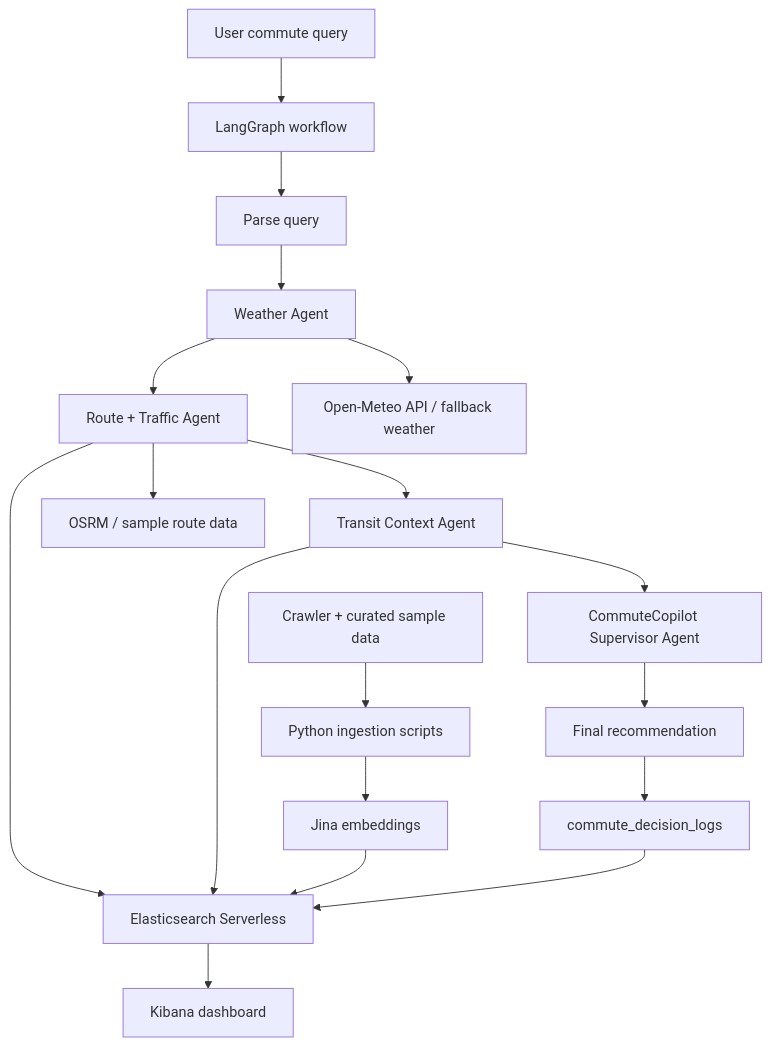
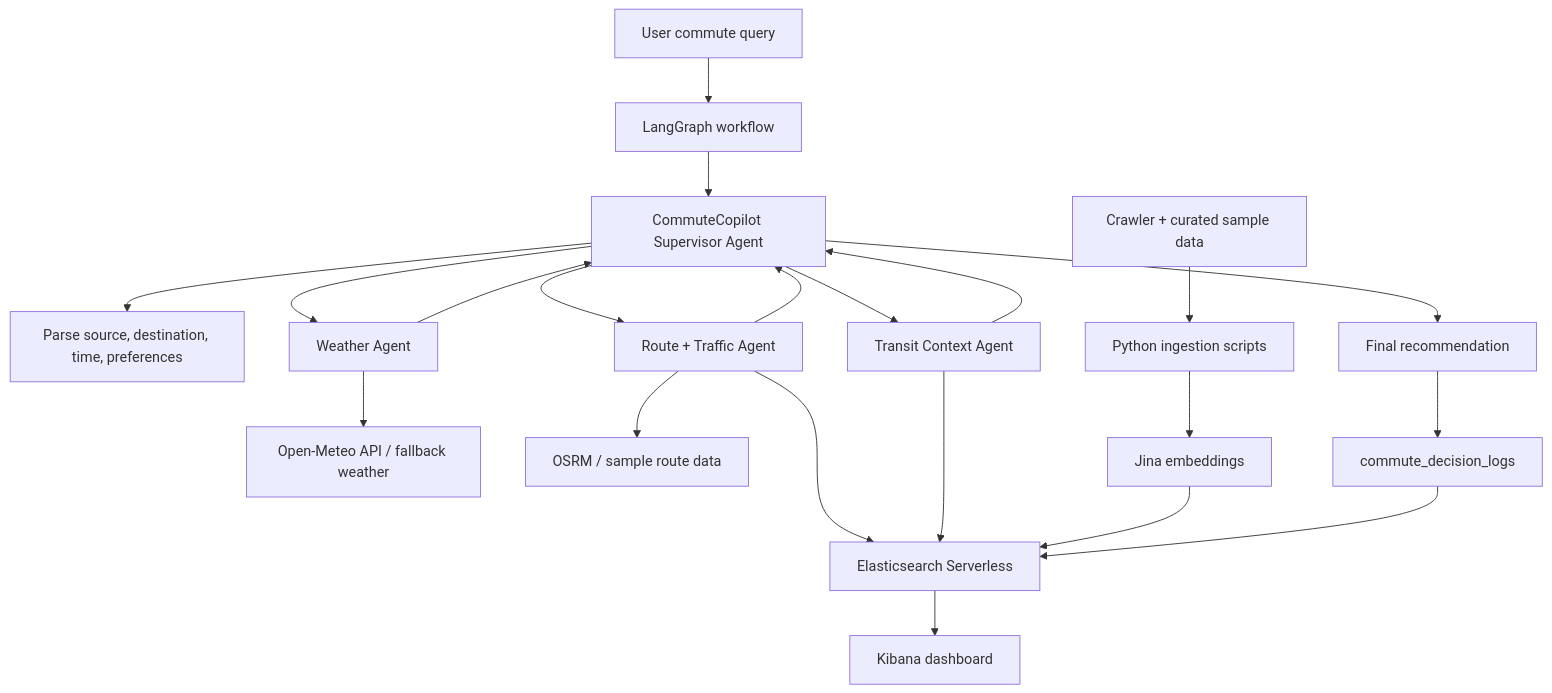
One commit to Srish-ty/commute-copilot-bangalore changed the diagram in README.md. Above: the diagram before and after it, drawn with Mermaid. The commit also changed other lines of this file and 1 other file, not shown here.

Commit message:
docs: add AgentCore deployment runbook

````diff
--- a/README.md
+++ b/README.md
@@ -16,23 +16,26 @@
 ```mermaid
 flowchart TD
     User["User commute query"] --> Graph["LangGraph workflow"]
-    Graph --> Parse["Parse query"]
-    Parse --> Weather["Weather Agent"]
-    Weather --> RouteTraffic["Route + Traffic Agent"]
-    RouteTraffic --> Transit["Transit Context Agent"]
-    Transit --> Supervisor["CommuteCopilot Supervisor Agent"]
+    Graph --> Supervisor["CommuteCopilot Supervisor Agent"]
+    Supervisor --> Parse["Parse source, destination, time, preferences"]
+    Supervisor --> Weather["Weather Agent"]
+    Supervisor --> RouteTraffic["Route + Traffic Agent"]
+    Supervisor --> Transit["Transit Context Agent"]
 
     Weather --> OpenMeteo["Open-Meteo API / fallback weather"]
     RouteTraffic --> OSRM["OSRM / sample route data"]
     RouteTraffic --> Elastic["Elasticsearch Serverless"]
     Transit --> Elastic
 
     Crawler["Crawler + curated sample data"] --> Ingestion["Python ingestion scripts"]
     Ingestion --> Embeddings["Jina embeddings"]
     Embeddings --> Elastic
 
+    Weather --> Supervisor
+    RouteTraffic --> Supervisor
+    Transit --> Supervisor
     Supervisor --> Decision["Final recommendation"]
     Decision --> Logs["commute_decision_logs"]
     Logs --> Elastic
     Elastic --> Kibana["Kibana dashboard"]
 ```
````
